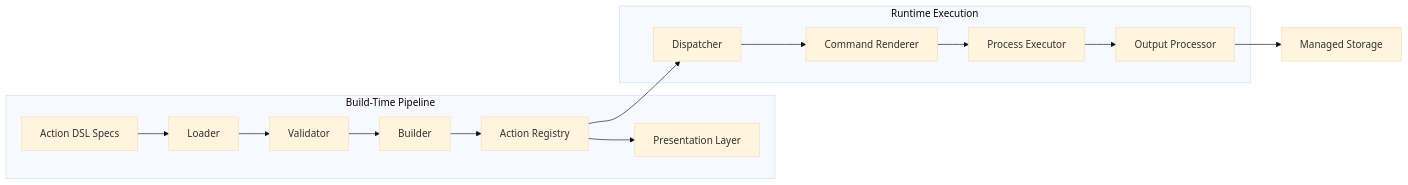
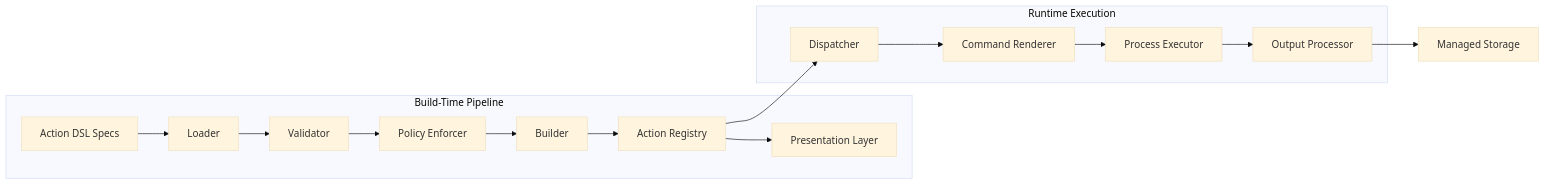
Before and after one commit to Libertocrat/star: the third of 4 diagrams in docs/ARCHITECTURE.md, drawn with Mermaid (base theme). The commit also changed other lines of this file and 23 other files, not shown here.

````diff
--- a/docs/ARCHITECTURE.md
+++ b/docs/ARCHITECTURE.md
@@ -227,20 +242,21 @@
 ```mermaid
 flowchart LR
 
 subgraph BuildTime["Build-Time Pipeline"]
     Specs["Action DSL Specs"] --> Loader
     Loader --> Validator
-    Validator --> Builder
+    Validator --> PolicyEnforcer["Policy Enforcer"]
+    PolicyEnforcer --> Builder
     Builder --> Registry["Action Registry"]
     Registry --> Presentation["Presentation Layer"]
 end
 
 subgraph Runtime["Runtime Execution"]
     Registry --> Dispatcher
     Dispatcher --> CommandRenderer["Command Renderer"]
     CommandRenderer --> ProcessExecutor["Process Executor"]
     ProcessExecutor --> OutputProcessor["Output Processor"]
 end
 
 OutputProcessor --> ManagedStorage["Managed Storage"]
 ```
````
